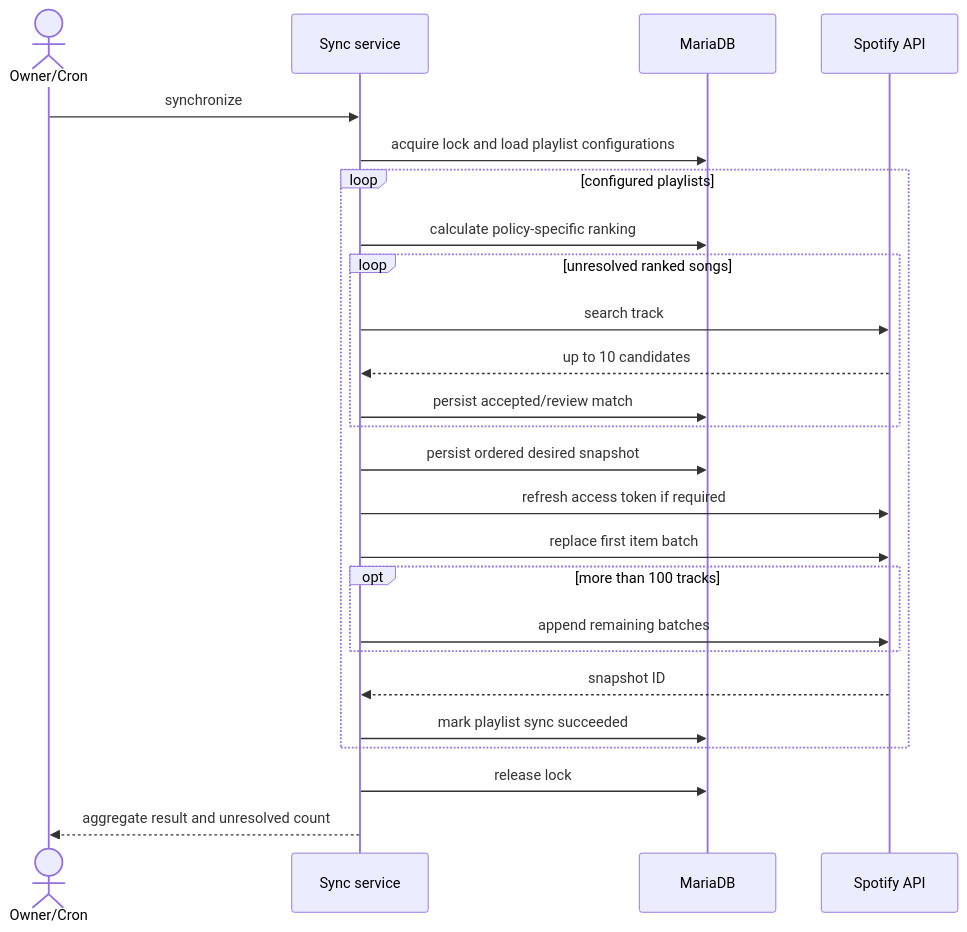
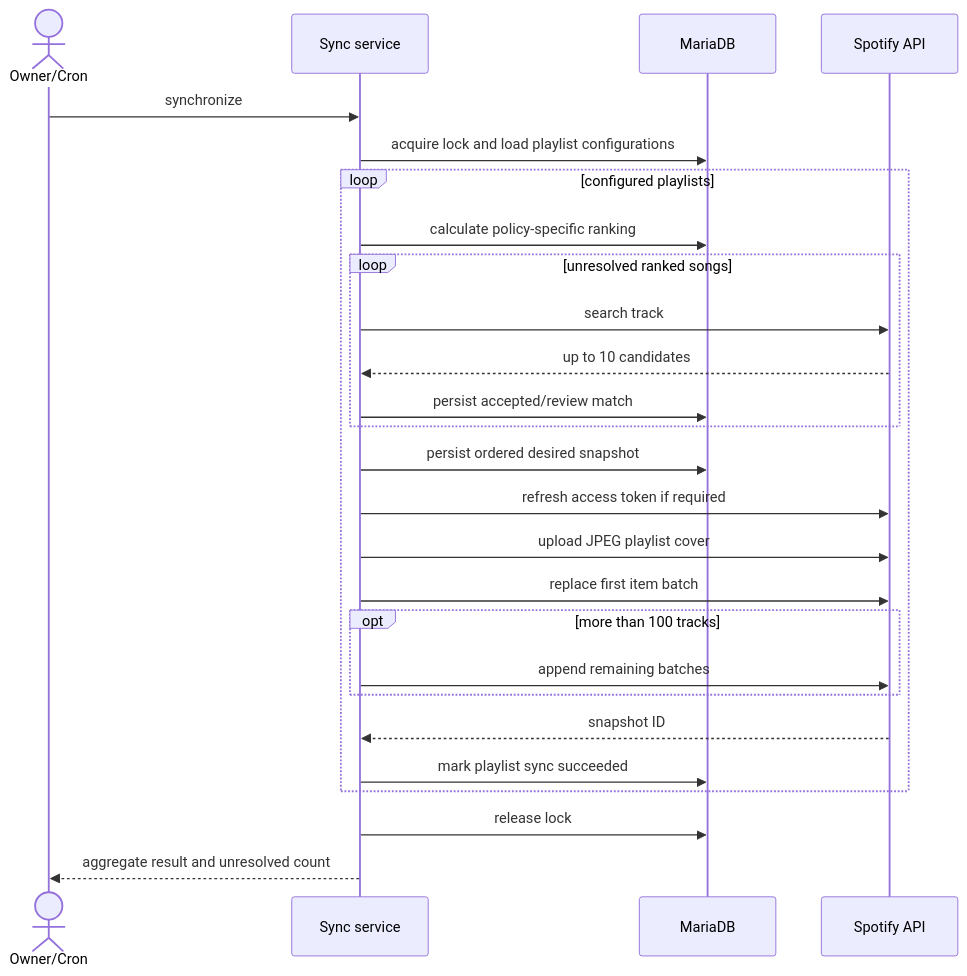
The second of 2 diagrams in _docs/architecture/05-business-logic.md (surech/srf3tospotify), drawn with Mermaid before and after one commit. The commit also changed other lines of this file and 19 other files, not shown here.

Commit message:
add cover image for each playlist

````diff
--- a/_docs/architecture/05-business-logic.md
+++ b/_docs/architecture/05-business-logic.md
@@ -69,27 +70,28 @@
 ```mermaid
 sequenceDiagram
     actor Trigger as Owner/Cron
     participant App as Sync service
     participant DB as MariaDB
     participant Spotify as Spotify API
     Trigger->>App: synchronize
     App->>DB: acquire lock and load playlist configurations
     loop configured playlists
         App->>DB: calculate policy-specific ranking
         loop unresolved ranked songs
             App->>Spotify: search track
             Spotify-->>App: up to 10 candidates
             App->>DB: persist accepted/review match
         end
         App->>DB: persist ordered desired snapshot
         App->>Spotify: refresh access token if required
+        App->>Spotify: upload JPEG playlist cover
         App->>Spotify: replace first item batch
         opt more than 100 tracks
             App->>Spotify: append remaining batches
         end
         Spotify-->>App: snapshot ID
         App->>DB: mark playlist sync succeeded
     end
     App->>DB: release lock
     App-->>Trigger: aggregate result and unresolved count
 ```
````
